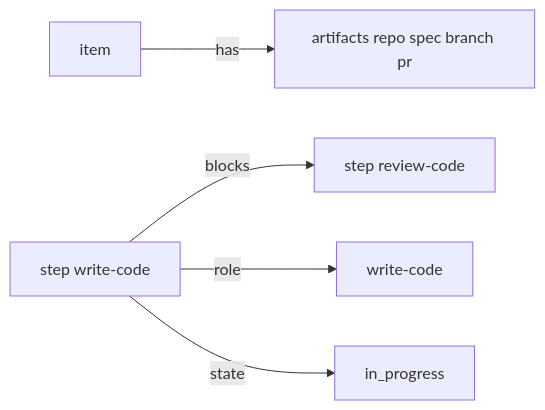
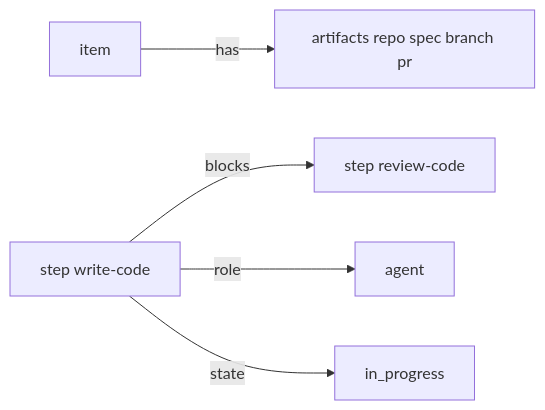
One commit to kenmclennan/lightcycle changed the second of 2 diagrams in docs/data-model.md. Above: the diagram before and after it, drawn with Mermaid. The commit also changed other lines of this file and 92 other files, not shown here.

````diff
--- a/docs/data-model.md
+++ b/docs/data-model.md
@@ -64,7 +64,7 @@
 ```mermaid
 graph LR
   item[item] -->|has| art[artifacts repo spec branch pr]
   step1[step write-code] -->|blocks| step2[step review-code]
-  step1 -->|role| r[write-code]
+  step1 -->|role| r[agent]
   step1 -->|state| s[in_progress]
 ```
````
